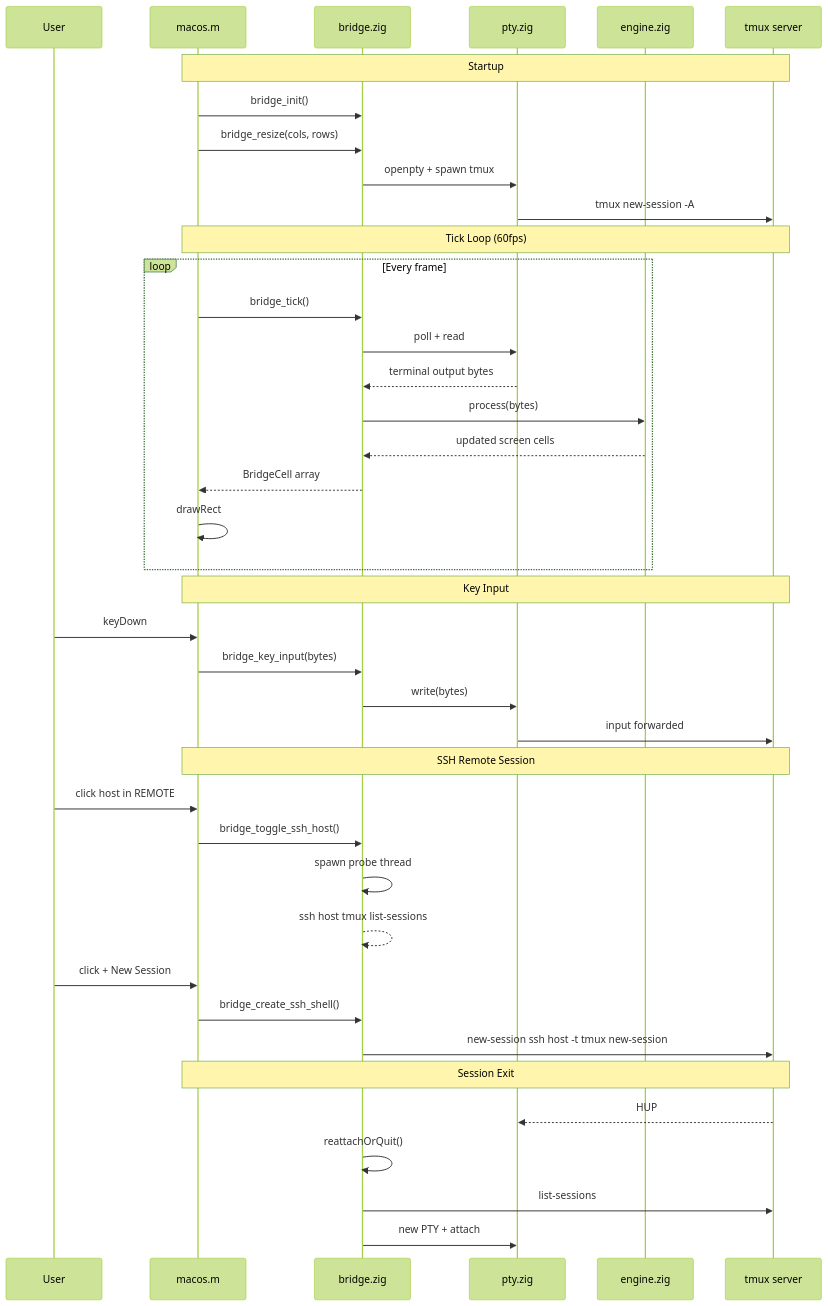
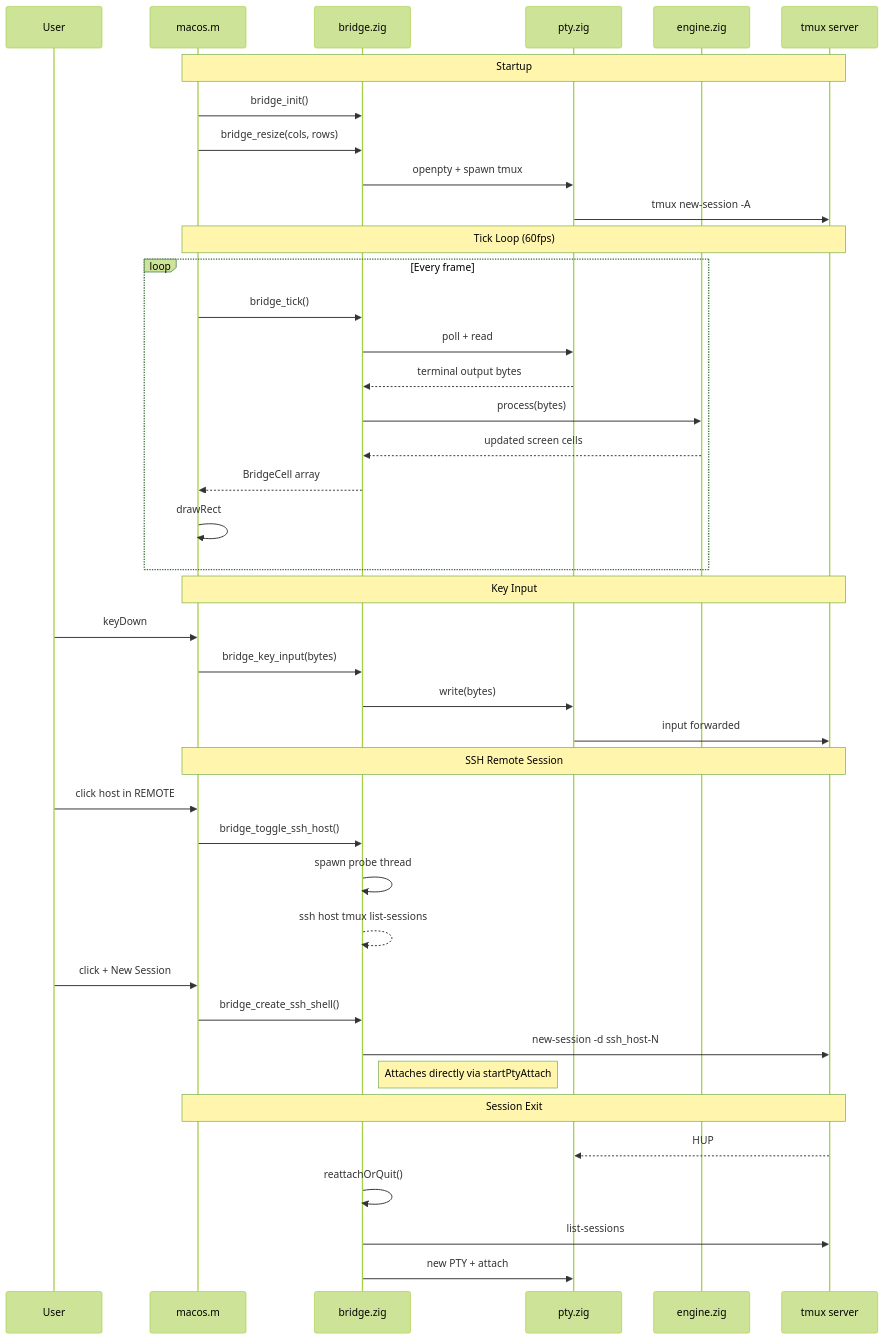
The second of 2 diagrams in README.md (Cypressxyx/MultiplexTerm), drawn with Mermaid (forest theme) before and after one commit. The commit also changed other lines of this file and 3 other files, not shown here.

First line of the commit message:
Overhaul SSH host management: mterm-owned host list, remove host button, ssh config suggestions

````diff
--- a/README.md
+++ b/README.md
@@ -82,47 +82,48 @@
 ```mermaid
 sequenceDiagram
     participant User
     participant GUI as macos.m
     participant Bridge as bridge.zig
     participant PTY as pty.zig
     participant Engine as engine.zig
     participant Tmux as tmux server
 
     Note over GUI,Tmux: Startup
     GUI->>Bridge: bridge_init()
     GUI->>Bridge: bridge_resize(cols, rows)
     Bridge->>PTY: openpty + spawn tmux
     PTY->>Tmux: tmux new-session -A
 
     Note over GUI,Tmux: Tick Loop (60fps)
     loop Every frame
         GUI->>Bridge: bridge_tick()
         Bridge->>PTY: poll + read
         PTY-->>Bridge: terminal output bytes
         Bridge->>Engine: process(bytes)
         Engine-->>Bridge: updated screen cells
         Bridge-->>GUI: BridgeCell array
         GUI->>GUI: drawRect
     end
 
     Note over GUI,Tmux: Key Input
     User->>GUI: keyDown
     GUI->>Bridge: bridge_key_input(bytes)
     Bridge->>PTY: write(bytes)
     PTY->>Tmux: input forwarded
 
     Note over GUI,Tmux: SSH Remote Session
     User->>GUI: click host in REMOTE
     GUI->>Bridge: bridge_toggle_ssh_host()
     Bridge->>Bridge: spawn probe thread
     Bridge-->>Bridge: ssh host tmux list-sessions
     User->>GUI: click + New Session
     GUI->>Bridge: bridge_create_ssh_shell()
-    Bridge->>Tmux: new-session ssh host -t tmux new-session
+    Bridge->>Tmux: new-session -d ssh_host-N
+    Note right of Bridge: Attaches directly via startPtyAttach
 
     Note over GUI,Tmux: Session Exit
     Tmux-->>PTY: HUP
     Bridge->>Bridge: reattachOrQuit()
     Bridge->>Tmux: list-sessions
     Bridge->>PTY: new PTY + attach
 ```
````
